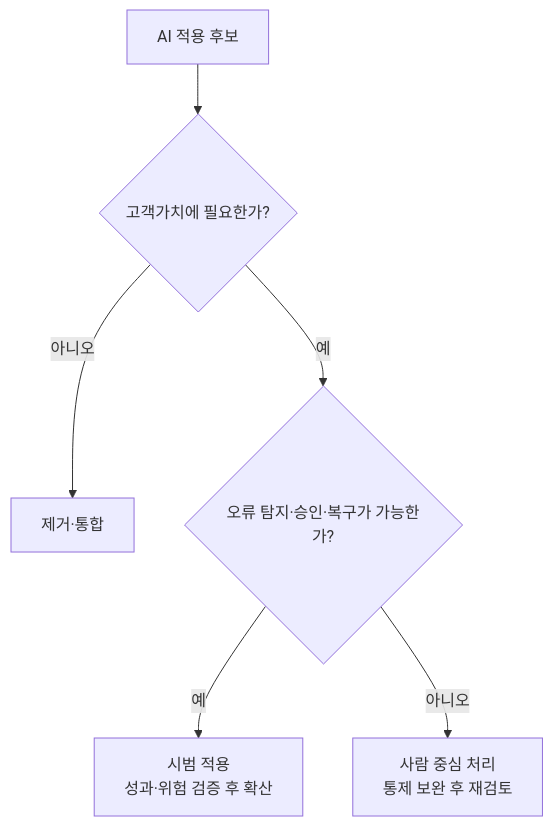
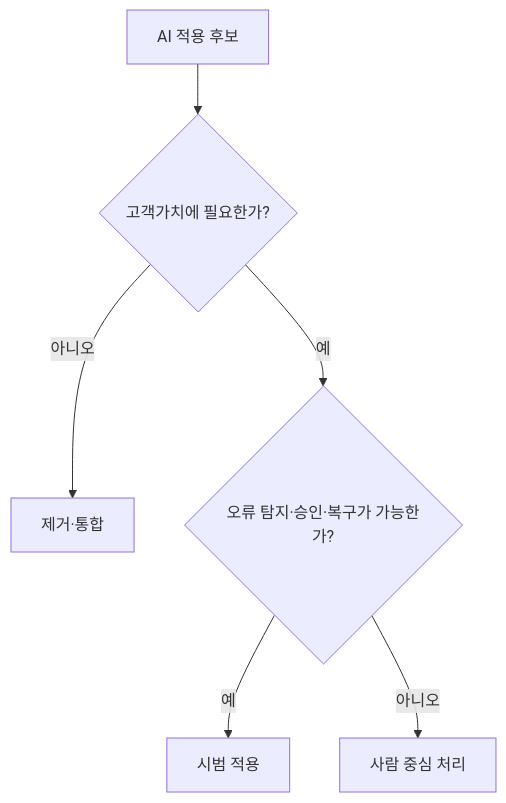
The fourth of 5 diagrams in src/content/docs/notes/itpe/01-it-strategy/010_bpr.md (agnusdei1207/study), drawn with Mermaid before and after one commit. The commit also changed other lines of this file and 19 other files, not shown here.

````diff
--- a/src/content/docs/notes/itpe/01-it-strategy/010_bpr.md
+++ b/src/content/docs/notes/itpe/01-it-strategy/010_bpr.md
@@ -98,8 +105,8 @@
 ```mermaid
 flowchart TD
     C["AI 적용 후보"] --> Q1{"고객가치에 필요한가?"}
     Q1 -->|아니오| E["제거·통합"]
     Q1 -->|예| Q2{"오류 탐지·승인·복구가 가능한가?"}
-    Q2 -->|예| P["시범 적용<br/>성과·위험 검증 후 확산"]
-    Q2 -->|아니오| H["사람 중심 처리<br/>통제 보완 후 재검토"]
+    Q2 -->|예| P["시범 적용"]
+    Q2 -->|아니오| H["사람 중심 처리"]
 ```
````
